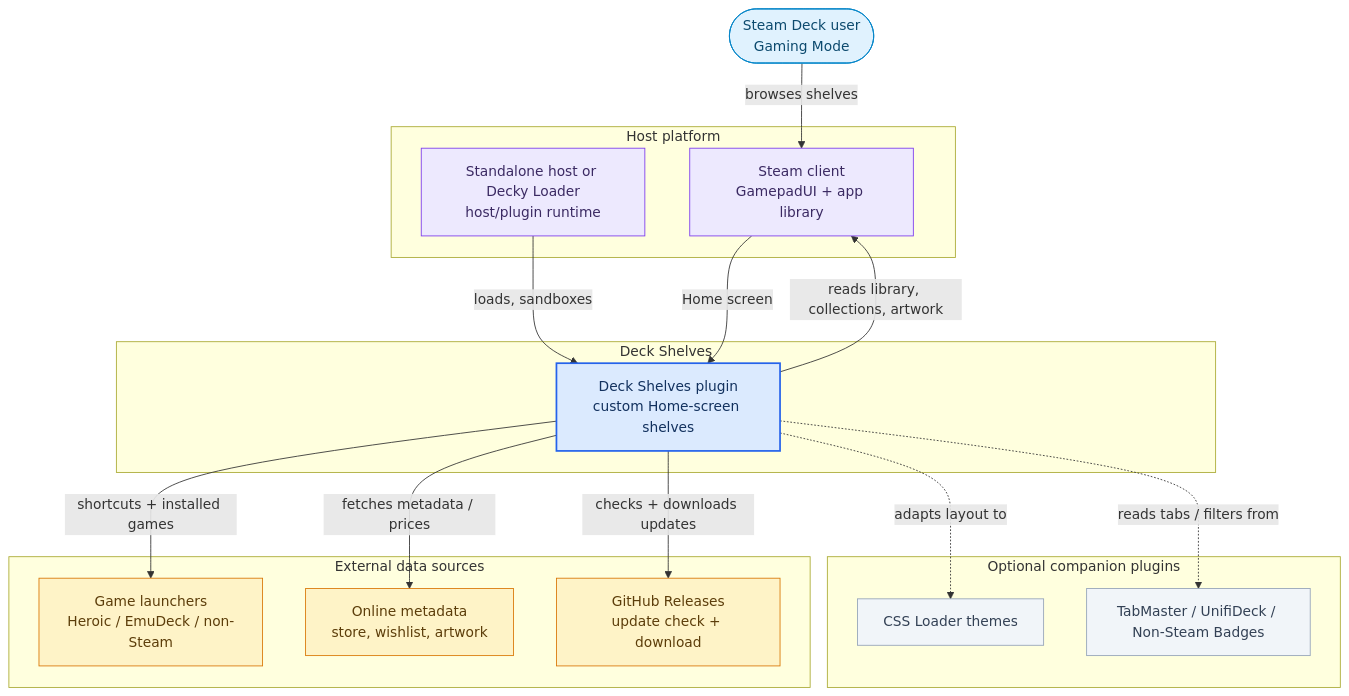
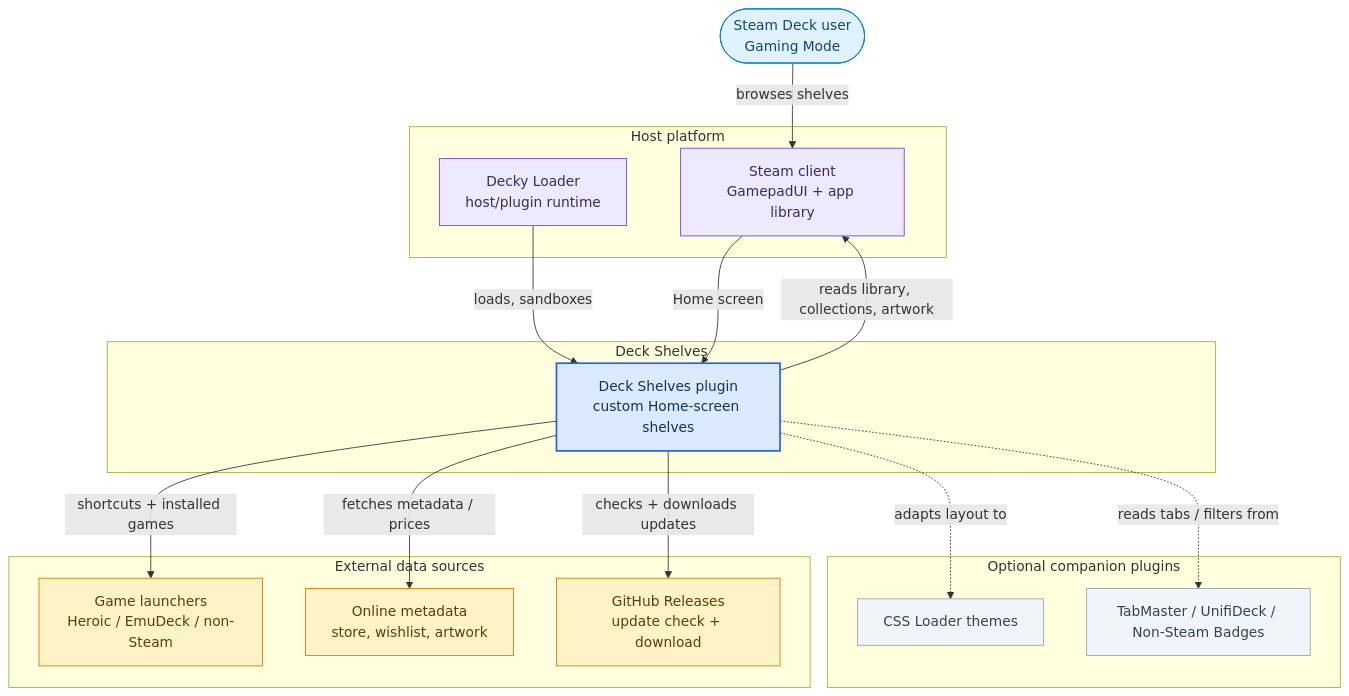
Before and after one commit to santojon/Deck-Shelves: the first of 3 diagrams in docs/architecture.md, drawn with Mermaid. The commit also changed other lines of this file and 117 other files, not shown here.

````diff
--- a/docs/architecture.md
+++ b/docs/architecture.md
@@ -20,45 +19,45 @@
 ```mermaid
 flowchart TB
     user(["Steam Deck user<br/>Gaming Mode"])
 
     subgraph deckshelves["Deck Shelves"]
         plugin["Deck Shelves plugin<br/>custom Home-screen shelves"]
     end
 
     subgraph host["Host platform"]
-        decky["Standalone host or Decky Loader<br/>host/plugin runtime"]
+        decky["Decky Loader<br/>host/plugin runtime"]
         steam["Steam client<br/>GamepadUI + app library"]
     end
 
     subgraph external["External data sources"]
         launchers["Game launchers<br/>Heroic / EmuDeck / non-Steam"]
         online["Online metadata<br/>store, wishlist, artwork"]
         gh["GitHub Releases<br/>update check + download"]
     end
 
     subgraph optional["Optional companion plugins"]
         css["CSS Loader themes"]
         tabmaster["TabMaster / UnifiDeck / Non-Steam Badges"]
     end
 
     user -->|"browses shelves"| steam
     steam -->|"Home screen"| plugin
     decky -->|"loads, sandboxes"| plugin
     plugin -->|"reads library, collections, artwork"| steam
     plugin -->|"shortcuts + installed games"| launchers
     plugin -->|"fetches metadata / prices"| online
     plugin -->|"checks + downloads updates"| gh
     plugin -.->|"adapts layout to"| css
     plugin -.->|"reads tabs / filters from"| tabmaster
 
     classDef ds fill:#dbeafe,stroke:#2563eb,stroke-width:2px,color:#12315e
     classDef platform fill:#ede9fe,stroke:#7c3aed,color:#3b2a63
     classDef ext fill:#fef3c7,stroke:#d97706,color:#5c3d0a
     classDef opt fill:#f1f5f9,stroke:#94a3b8,color:#334155
     classDef actor fill:#e0f2fe,stroke:#0284c7,color:#0c4a6e
     class plugin ds
     class decky,steam platform
     class launchers,online,gh ext
     class css,tabmaster opt
     class user actor
 ```
````
